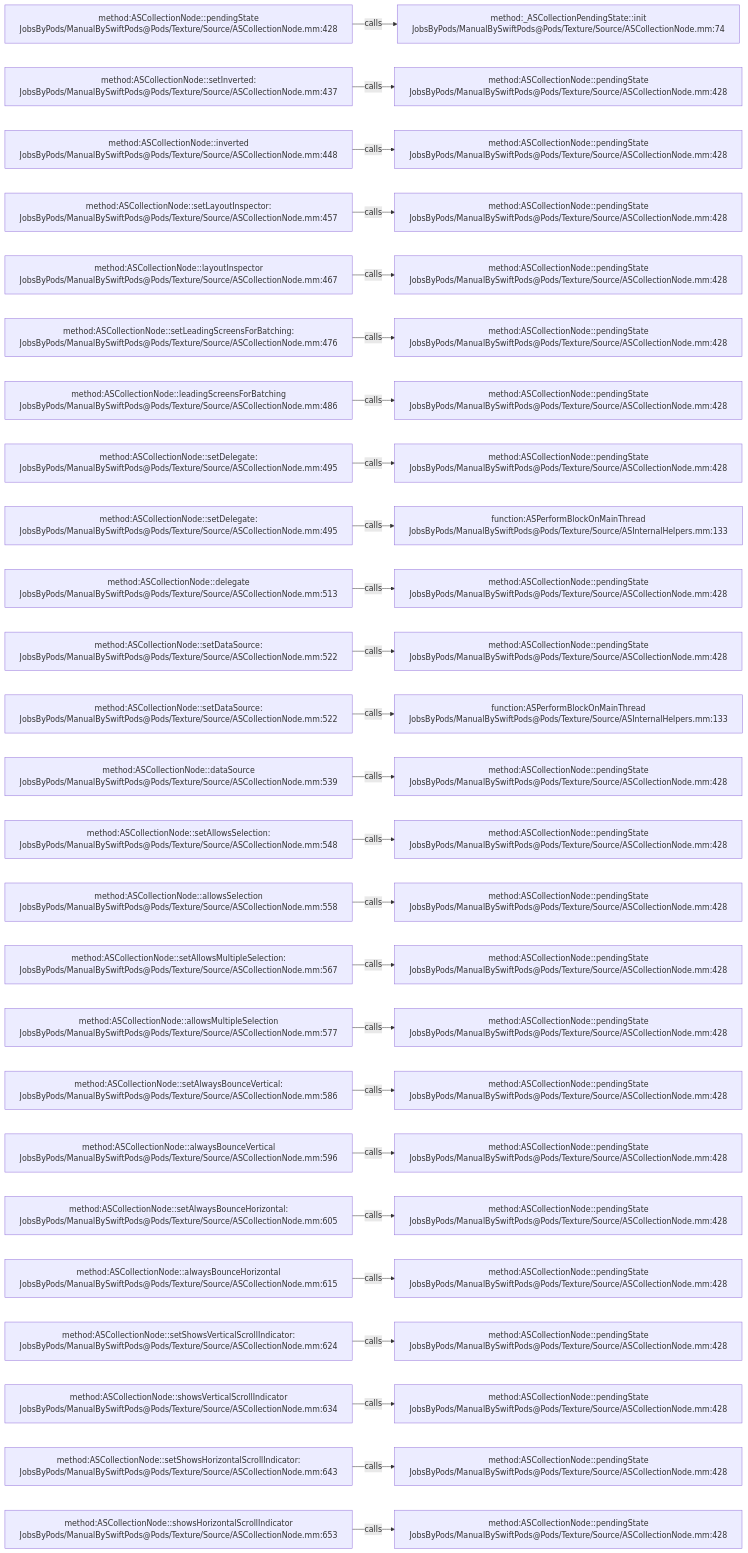
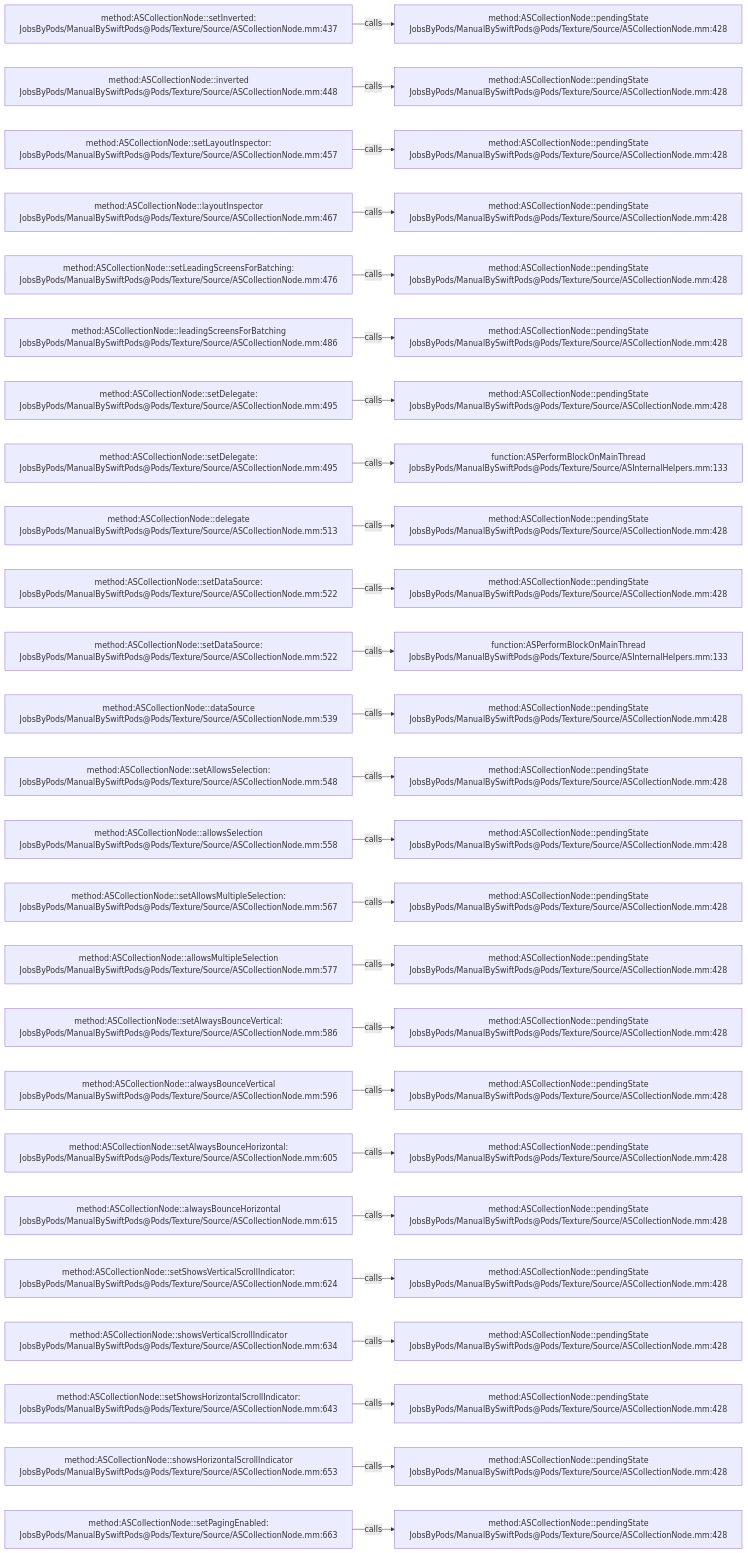
Before and after one commit to JobsKits/JobsSwiftBaseConfigDemo: the diagram in .codegraph/codegraph.md/graphs/calls-008.md, drawn with Mermaid. The commit also changed 747 other files, not shown here.

````diff
--- a/.codegraph/codegraph.md/graphs/calls-008.md
+++ b/.codegraph/codegraph.md/graphs/calls-008.md
@@ -13,78 +13,78 @@
 ```mermaid
 flowchart LR
-  S1["method:ASCollectionNode::pendingState<br/>JobsByPods/ManualBySwiftPods@Pods/Texture/Source/ASCollectionNode.mm:428"]
-  T1["method:_ASCollectionPendingState::init<br/>JobsByPods/ManualBySwiftPods@Pods/Texture/Source/ASCollectionNode.mm:74"]
+  S1["method:ASCollectionNode::setInverted:<br/>JobsByPods/ManualBySwiftPods@Pods/Texture/Source/ASCollectionNode.mm:437"]
+  T1["method:ASCollectionNode::pendingState<br/>JobsByPods/ManualBySwiftPods@Pods/Texture/Source/ASCollectionNode.mm:428"]
   S1 -->|calls| T1
-  S2["method:ASCollectionNode::setInverted:<br/>JobsByPods/ManualBySwiftPods@Pods/Texture/Source/ASCollectionNode.mm:437"]
+  S2["method:ASCollectionNode::inverted<br/>JobsByPods/ManualBySwiftPods@Pods/Texture/Source/ASCollectionNode.mm:448"]
   T2["method:ASCollectionNode::pendingState<br/>JobsByPods/ManualBySwiftPods@Pods/Texture/Source/ASCollectionNode.mm:428"]
   S2 -->|calls| T2
-  S3["method:ASCollectionNode::inverted<br/>JobsByPods/ManualBySwiftPods@Pods/Texture/Source/ASCollectionNode.mm:448"]
+  S3["method:ASCollectionNode::setLayoutInspector:<br/>JobsByPods/ManualBySwiftPods@Pods/Texture/Source/ASCollectionNode.mm:457"]
   T3["method:ASCollectionNode::pendingState<br/>JobsByPods/ManualBySwiftPods@Pods/Texture/Source/ASCollectionNode.mm:428"]
   S3 -->|calls| T3
-  S4["method:ASCollectionNode::setLayoutInspector:<br/>JobsByPods/ManualBySwiftPods@Pods/Texture/Source/ASCollectionNode.mm:457"]
+  S4["method:ASCollectionNode::layoutInspector<br/>JobsByPods/ManualBySwiftPods@Pods/Texture/Source/ASCollectionNode.mm:467"]
   T4["method:ASCollectionNode::pendingState<br/>JobsByPods/ManualBySwiftPods@Pods/Texture/Source/ASCollectionNode.mm:428"]
   S4 -->|calls| T4
-  S5["method:ASCollectionNode::layoutInspector<br/>JobsByPods/ManualBySwiftPods@Pods/Texture/Source/ASCollectionNode.mm:467"]
+  S5["method:ASCollectionNode::setLeadingScreensForBatching:<br/>JobsByPods/ManualBySwiftPods@Pods/Texture/Source/ASCollectionNode.mm:476"]
   T5["method:ASCollectionNode::pendingState<br/>JobsByPods/ManualBySwiftPods@Pods/Texture/Source/ASCollectionNode.mm:428"]
   S5 -->|calls| T5
-  S6["method:ASCollectionNode::setLeadingScreensForBatching:<br/>JobsByPods/ManualBySwiftPods@Pods/Texture/Source/ASCollectionNode.mm:476"]
+  S6["method:ASCollectionNode::leadingScreensForBatching<br/>JobsByPods/ManualBySwiftPods@Pods/Texture/Source/ASCollectionNode.mm:486"]
   T6["method:ASCollectionNode::pendingState<br/>JobsByPods/ManualBySwiftPods@Pods/Texture/Source/ASCollectionNode.mm:428"]
   S6 -->|calls| T6
-  S7["method:ASCollectionNode::leadingScreensForBatching<br/>JobsByPods/ManualBySwiftPods@Pods/Texture/Source/ASCollectionNode.mm:486"]
+  S7["method:ASCollectionNode::setDelegate:<br/>JobsByPods/ManualBySwiftPods@Pods/Texture/Source/ASCollectionNode.mm:495"]
   T7["method:ASCollectionNode::pendingState<br/>JobsByPods/ManualBySwiftPods@Pods/Texture/Source/ASCollectionNode.mm:428"]
   S7 -->|calls| T7
   S8["method:ASCollectionNode::setDelegate:<br/>JobsByPods/ManualBySwiftPods@Pods/Texture/Source/ASCollectionNode.mm:495"]
-  T8["method:ASCollectionNode::pendingState<br/>JobsByPods/ManualBySwiftPods@Pods/Texture/Source/ASCollectionNode.mm:428"]
+  T8["function:ASPerformBlockOnMainThread<br/>JobsByPods/ManualBySwiftPods@Pods/Texture/Source/ASInternalHelpers.mm:133"]
   S8 -->|calls| T8
-  S9["method:ASCollectionNode::setDelegate:<br/>JobsByPods/ManualBySwiftPods@Pods/Texture/Source/ASCollectionNode.mm:495"]
-  T9["function:ASPerformBlockOnMainThread<br/>JobsByPods/ManualBySwiftPods@Pods/Texture/Source/ASInternalHelpers.mm:133"]
+  S9["method:ASCollectionNode::delegate<br/>JobsByPods/ManualBySwiftPods@Pods/Texture/Source/ASCollectionNode.mm:513"]
+  T9["method:ASCollectionNode::pendingState<br/>JobsByPods/ManualBySwiftPods@Pods/Texture/Source/ASCollectionNode.mm:428"]
   S9 -->|calls| T9
-  S10["method:ASCollectionNode::delegate<br/>JobsByPods/ManualBySwiftPods@Pods/Texture/Source/ASCollectionNode.mm:513"]
+  S10["method:ASCollectionNode::setDataSource:<br/>JobsByPods/ManualBySwiftPods@Pods/Texture/Source/ASCollectionNode.mm:522"]
   T10["method:ASCollectionNode::pendingState<br/>JobsByPods/ManualBySwiftPods@Pods/Texture/Source/ASCollectionNode.mm:428"]
   S10 -->|calls| T10
   S11["method:ASCollectionNode::setDataSource:<br/>JobsByPods/ManualBySwiftPods@Pods/Texture/Source/ASCollectionNode.mm:522"]
-  T11["method:ASCollectionNode::pendingState<br/>JobsByPods/ManualBySwiftPods@Pods/Texture/Source/ASCollectionNode.mm:428"]
+  T11["function:ASPerformBlockOnMainThread<br/>JobsByPods/ManualBySwiftPods@Pods/Texture/Source/ASInternalHelpers.mm:133"]
   S11 -->|calls| T11
-  S12["method:ASCollectionNode::setDataSource:<br/>JobsByPods/ManualBySwiftPods@Pods/Texture/Source/ASCollectionNode.mm:522"]
-  T12["function:ASPerformBlockOnMainThread<br/>JobsByPods/ManualBySwiftPods@Pods/Texture/Source/ASInternalHelpers.mm:133"]
+  S12["method:ASCollectionNode::dataSource<br/>JobsByPods/ManualBySwiftPods@Pods/Texture/Source/ASCollectionNode.mm:539"]
+  T12["method:ASCollectionNode::pendingState<br/>JobsByPods/ManualBySwiftPods@Pods/Texture/Source/ASCollectionNode.mm:428"]
   S12 -->|calls| T12
-  S13["method:ASCollectionNode::dataSource<br/>JobsByPods/ManualBySwiftPods@Pods/Texture/Source/ASCollectionNode.mm:539"]
+  S13["method:ASCollectionNode::setAllowsSelection:<br/>JobsByPods/ManualBySwiftPods@Pods/Texture/Source/ASCollectionNode.mm:548"]
   T13["method:ASCollectionNode::pendingState<br/>JobsByPods/ManualBySwiftPods@Pods/Texture/Source/ASCollectionNode.mm:428"]
   S13 -->|calls| T13
-  S14["method:ASCollectionNode::setAllowsSelection:<br/>JobsByPods/ManualBySwiftPods@Pods/Texture/Source/ASCollectionNode.mm:548"]
+  S14["method:ASCollectionNode::allowsSelection<br/>JobsByPods/ManualBySwiftPods@Pods/Texture/Source/ASCollectionNode.mm:558"]
   T14["method:ASCollectionNode::pendingState<br/>JobsByPods/ManualBySwiftPods@Pods/Texture/Source/ASCollectionNode.mm:428"]
   S14 -->|calls| T14
-  S15["method:ASCollectionNode::allowsSelection<br/>JobsByPods/ManualBySwiftPods@Pods/Texture/Source/ASCollectionNode.mm:558"]
+  S15["method:ASCollectionNode::setAllowsMultipleSelection:<br/>JobsByPods/ManualBySwiftPods@Pods/Texture/Source/ASCollectionNode.mm:567"]
   T15["method:ASCollectionNode::pendingState<br/>JobsByPods/ManualBySwiftPods@Pods/Texture/Source/ASCollectionNode.mm:428"]
   S15 -->|calls| T15
-  S16["method:ASCollectionNode::setAllowsMultipleSelection:<br/>JobsByPods/ManualBySwiftPods@Pods/Texture/Source/ASCollectionNode.mm:567"]
+  S16["method:ASCollectionNode::allowsMultipleSelection<br/>JobsByPods/ManualBySwiftPods@Pods/Texture/Source/ASCollectionNode.mm:577"]
   T16["method:ASCollectionNode::pendingState<br/>JobsByPods/ManualBySwiftPods@Pods/Texture/Source/ASCollectionNode.mm:428"]
   S16 -->|calls| T16
-  S17["method:ASCollectionNode::allowsMultipleSelection<br/>JobsByPods/ManualBySwiftPods@Pods/Texture/Source/ASCollectionNode.mm:577"]
+  S17["method:ASCollectionNode::setAlwaysBounceVertical:<br/>JobsByPods/ManualBySwiftPods@Pods/Texture/Source/ASCollectionNode.mm:586"]
   T17["method:ASCollectionNode::pendingState<br/>JobsByPods/ManualBySwiftPods@Pods/Texture/Source/ASCollectionNode.mm:428"]
   S17 -->|calls| T17
-  S18["method:ASCollectionNode::setAlwaysBounceVertical:<br/>JobsByPods/ManualBySwiftPods@Pods/Texture/Source/ASCollectionNode.mm:586"]
+  S18["method:ASCollectionNode::alwaysBounceVertical<br/>JobsByPods/ManualBySwiftPods@Pods/Texture/Source/ASCollectionNode.mm:596"]
   T18["method:ASCollectionNode::pendingState<br/>JobsByPods/ManualBySwiftPods@Pods/Texture/Source/ASCollectionNode.mm:428"]
   S18 -->|calls| T18
-  S19["method:ASCollectionNode::alwaysBounceVertical<br/>JobsByPods/ManualBySwiftPods@Pods/Texture/Source/ASCollectionNode.mm:596"]
+  S19["method:ASCollectionNode::setAlwaysBounceHorizontal:<br/>JobsByPods/ManualBySwiftPods@Pods/Texture/Source/ASCollectionNode.mm:605"]
   T19["method:ASCollectionNode::pendingState<br/>JobsByPods/ManualBySwiftPods@Pods/Texture/Source/ASCollectionNode.mm:428"]
   S19 -->|calls| T19
-  S20["method:ASCollectionNode::setAlwaysBounceHorizontal:<br/>JobsByPods/ManualBySwiftPods@Pods/Texture/Source/ASCollectionNode.mm:605"]
+  S20["method:ASCollectionNode::alwaysBounceHorizontal<br/>JobsByPods/ManualBySwiftPods@Pods/Texture/Source/ASCollectionNode.mm:615"]
   T20["method:ASCollectionNode::pendingState<br/>JobsByPods/ManualBySwiftPods@Pods/Texture/Source/ASCollectionNode.mm:428"]
   S20 -->|calls| T20
-  S21["method:ASCollectionNode::alwaysBounceHorizontal<br/>JobsByPods/ManualBySwiftPods@Pods/Texture/Source/ASCollectionNode.mm:615"]
+  S21["method:ASCollectionNode::setShowsVerticalScrollIndicator:<br/>JobsByPods/ManualBySwiftPods@Pods/Texture/Source/ASCollectionNode.mm:624"]
   T21["method:ASCollectionNode::pendingState<br/>JobsByPods/ManualBySwiftPods@Pods/Texture/Source/ASCollectionNode.mm:428"]
   S21 -->|calls| T21
-  S22["method:ASCollectionNode::setShowsVerticalScrollIndicator:<br/>JobsByPods/ManualBySwiftPods@Pods/Texture/Source/ASCollectionNode.mm:624"]
+  S22["method:ASCollectionNode::showsVerticalScrollIndicator<br/>JobsByPods/ManualBySwiftPods@Pods/Texture/Source/ASCollectionNode.mm:634"]
   T22["method:ASCollectionNode::pendingState<br/>JobsByPods/ManualBySwiftPods@Pods/Texture/Source/ASCollectionNode.mm:428"]
   S22 -->|calls| T22
-  S23["method:ASCollectionNode::showsVerticalScrollIndicator<br/>JobsByPods/ManualBySwiftPods@Pods/Texture/Source/ASCollectionNode.mm:634"]
+  S23["method:ASCollectionNode::setShowsHorizontalScrollIndicator:<br/>JobsByPods/ManualBySwiftPods@Pods/Texture/Source/ASCollectionNode.mm:643"]
   T23["method:ASCollectionNode::pendingState<br/>JobsByPods/ManualBySwiftPods@Pods/Texture/Source/ASCollectionNode.mm:428"]
   S23 -->|calls| T23
-  S24["method:ASCollectionNode::setShowsHorizontalScrollIndicator:<br/>JobsByPods/ManualBySwiftPods@Pods/Texture/Source/ASCollectionNode.mm:643"]
+  S24["method:ASCollectionNode::showsHorizontalScrollIndicator<br/>JobsByPods/ManualBySwiftPods@Pods/Texture/Source/ASCollectionNode.mm:653"]
   T24["method:ASCollectionNode::pendingState<br/>JobsByPods/ManualBySwiftPods@Pods/Texture/Source/ASCollectionNode.mm:428"]
   S24 -->|calls| T24
-  S25["method:ASCollectionNode::showsHorizontalScrollIndicator<br/>JobsByPods/ManualBySwiftPods@Pods/Texture/Source/ASCollectionNode.mm:653"]
+  S25["method:ASCollectionNode::setPagingEnabled:<br/>JobsByPods/ManualBySwiftPods@Pods/Texture/Source/ASCollectionNode.mm:663"]
   T25["method:ASCollectionNode::pendingState<br/>JobsByPods/ManualBySwiftPods@Pods/Texture/Source/ASCollectionNode.mm:428"]
   S25 -->|calls| T25
 ```
````
